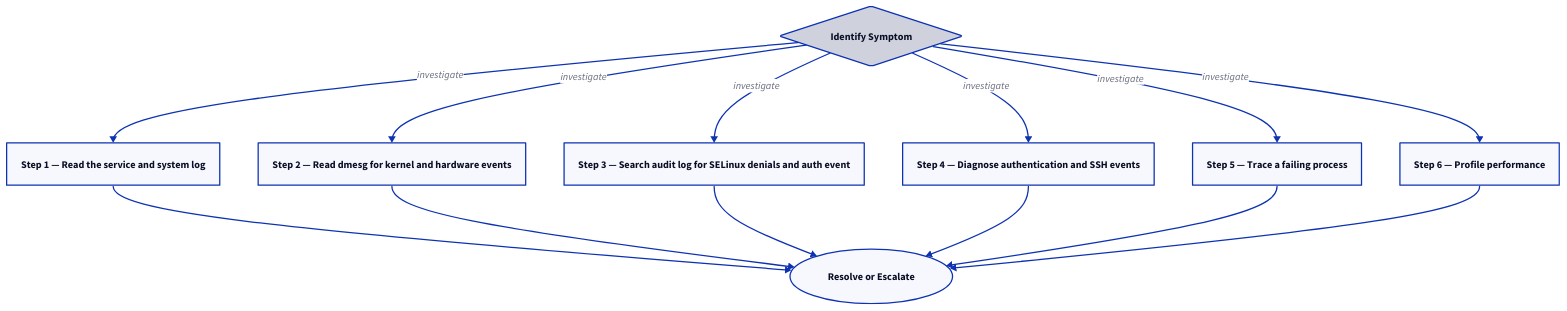
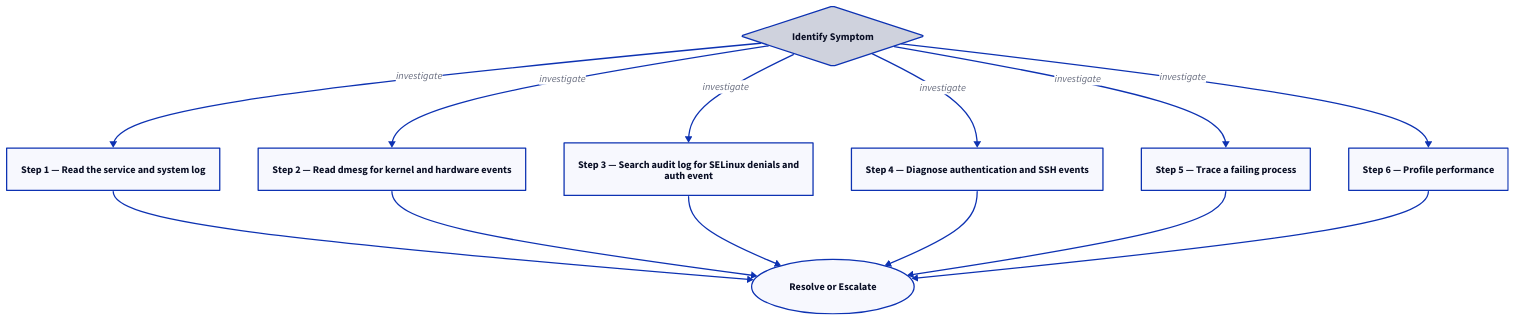
One commit to canast01/chris-kb changed the second of 2 diagrams in docs/compute/linux/troubleshooting/diagnostics/index.md. Above: the diagram before and after it, drawn with D2. The commit also changed other lines of this file and 192 other files, not shown here.

````diff
--- a/docs/compute/linux/troubleshooting/diagnostics/index.md
+++ b/docs/compute/linux/troubleshooting/diagnostics/index.md
@@ -66,25 +66,25 @@
 ```d2
 direction: down
 
 symptom: Identify Symptom {shape: diamond}
 step_1_read_the_service_and_system_l: "Step 1 — Read the service and system log" {shape: rectangle}
 step_2_read_dmesg_for_kernel_and_har: "Step 2 — Read dmesg for kernel and hardware events" {shape: rectangle}
-step_3_search_audit_log_for_selinux_: "Step 3 — Search audit log for SELinux denials and auth event" {shape: rectangle}
+step_3_search_audit_log_for_selinux_: "Step 3 — Search audit log for SELinux denials and\nauth event" {shape: rectangle}
 step_4_diagnose_authentication_and_s: "Step 4 — Diagnose authentication and SSH events" {shape: rectangle}
 step_5_trace_a_failing_process: "Step 5 — Trace a failing process" {shape: rectangle}
 step_6_profile_performance: "Step 6 — Profile performance" {shape: rectangle}
 resolution: Resolve or Escalate {shape: oval}
 
 symptom -> step_1_read_the_service_and_system_l: investigate
 symptom -> step_2_read_dmesg_for_kernel_and_har: investigate
 symptom -> step_3_search_audit_log_for_selinux_: investigate
 symptom -> step_4_diagnose_authentication_and_s: investigate
 symptom -> step_5_trace_a_failing_process: investigate
 symptom -> step_6_profile_performance: investigate
 step_1_read_the_service_and_system_l -> resolution
 step_2_read_dmesg_for_kernel_and_har -> resolution
 step_3_search_audit_log_for_selinux_ -> resolution
 step_4_diagnose_authentication_and_s -> resolution
 step_5_trace_a_failing_process -> resolution
 step_6_profile_performance -> resolution
 ```
````
